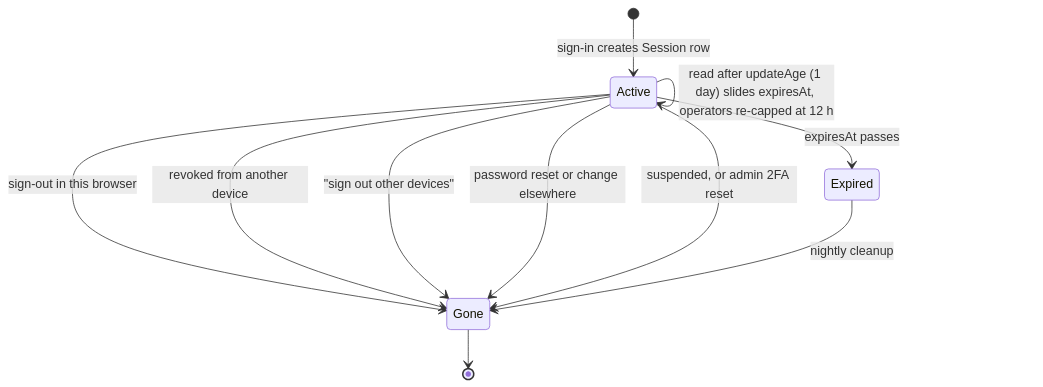
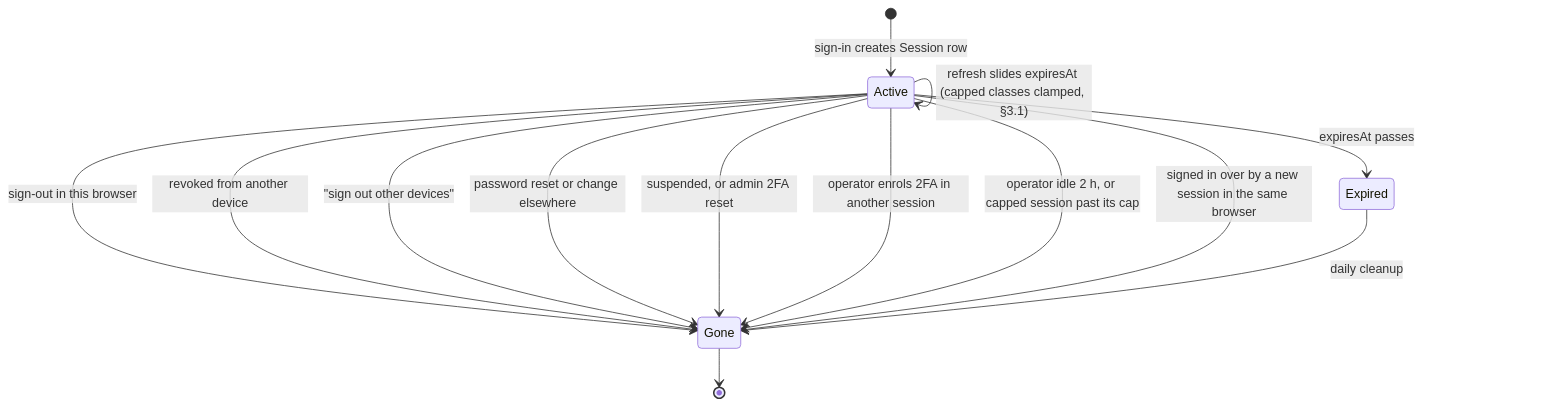
Before and after one commit to Practitionist/familiarise_web: the tenth of 12 diagrams in docs/authentication/architecture.md, drawn with Mermaid. The commit also changed other lines of this file and 533 other files, not shown here.

````diff
--- a/docs/authentication/architecture.md
+++ b/docs/authentication/architecture.md
@@ -269,13 +532,16 @@
 ```mermaid
 stateDiagram-v2
   [*] --> Active: sign-in creates Session row
-  Active --> Active: read after updateAge (1 day) slides expiresAt, operators re-capped at 12 h
+  Active --> Active: refresh slides expiresAt (capped classes clamped, §3.1)
   Active --> Gone: sign-out in this browser
   Active --> Gone: revoked from another device
   Active --> Gone: "sign out other devices"
   Active --> Gone: password reset or change elsewhere
   Active --> Gone: suspended, or admin 2FA reset
+  Active --> Gone: operator enrols 2FA in another session
+  Active --> Gone: operator idle 2 h, or capped session past its cap
+  Active --> Gone: signed in over by a new session in the same browser
   Active --> Expired: expiresAt passes
-  Expired --> Gone: nightly cleanup
+  Expired --> Gone: daily cleanup
   Gone --> [*]
 ```
````
